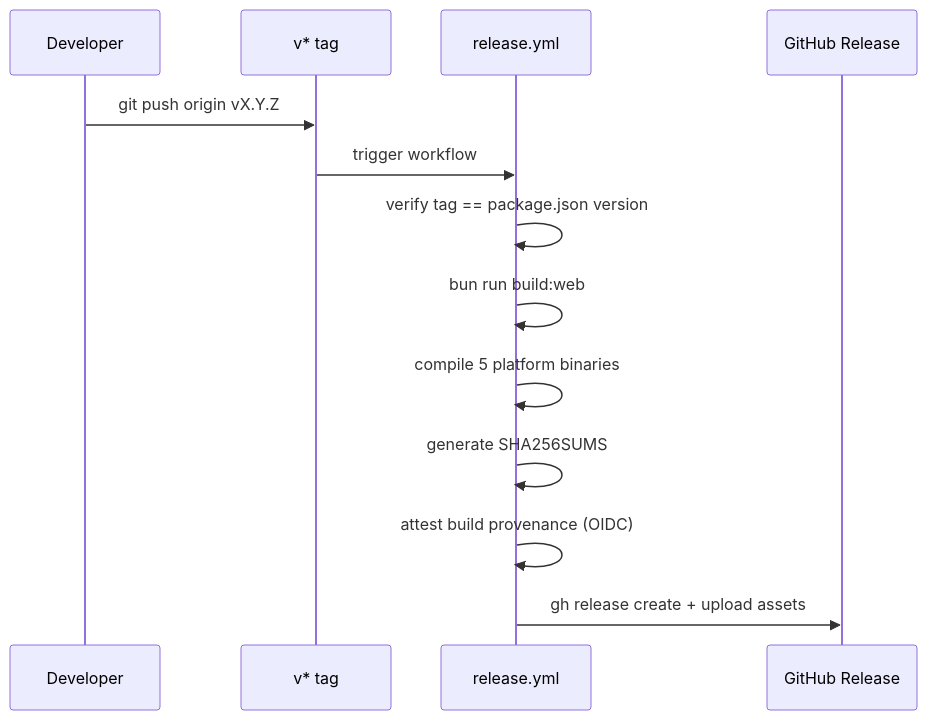
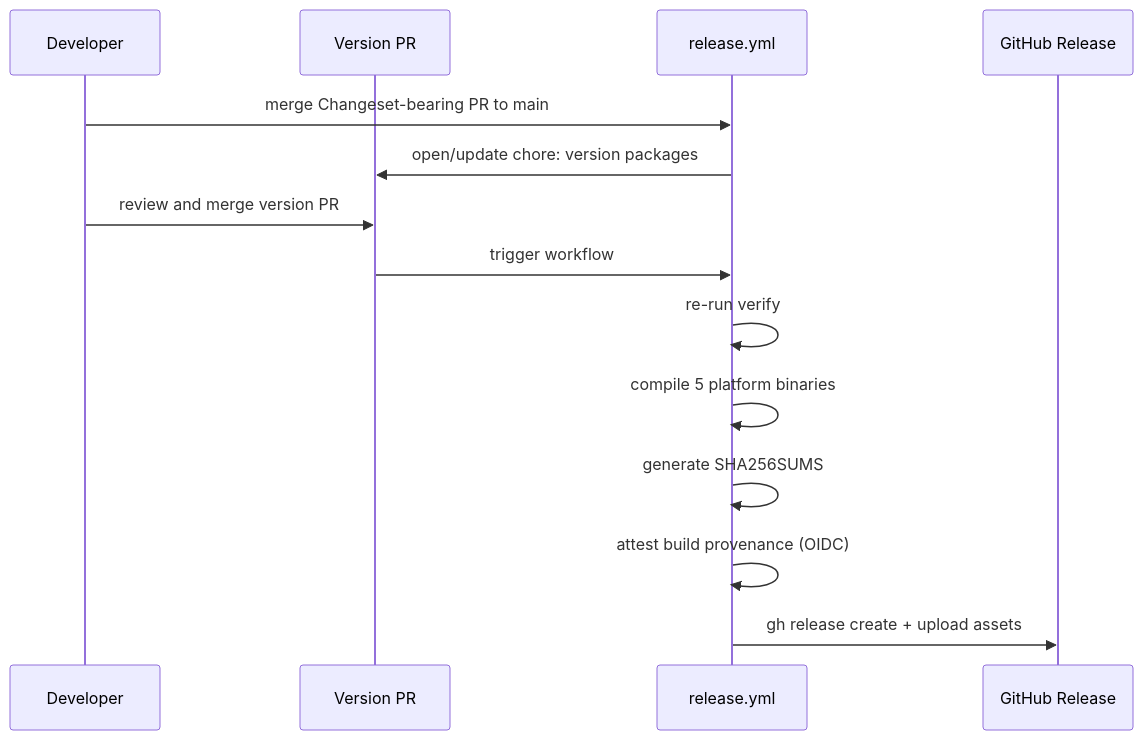
The second of 2 diagrams in wiki/1-repository-structure.md (yorch/cc-analyzer), drawn with Mermaid before and after one commit. The commit also changed other lines of this file and 11 other files, not shown here.

````diff
--- a/wiki/1-repository-structure.md
+++ b/wiki/1-repository-structure.md
@@ -97,16 +97,17 @@
 ```mermaid
 sequenceDiagram
     participant Dev as Developer
-    participant Tag as v* tag
+    participant VersionPR as Version PR
     participant Release as release.yml
     participant GH as GitHub Release
 
-    Dev->>Tag: git push origin vX.Y.Z
-    Tag->>Release: trigger workflow
-    Release->>Release: verify tag == package.json version
-    Release->>Release: bun run build:web
+    Dev->>Release: merge Changeset-bearing PR to main
+    Release->>VersionPR: open/update chore: version packages
+    Dev->>VersionPR: review and merge version PR
+    VersionPR->>Release: trigger workflow
+    Release->>Release: re-run verify
     Release->>Release: compile 5 platform binaries
     Release->>Release: generate SHA256SUMS
     Release->>Release: attest build provenance (OIDC)
     Release->>GH: gh release create + upload assets
 ```
````
